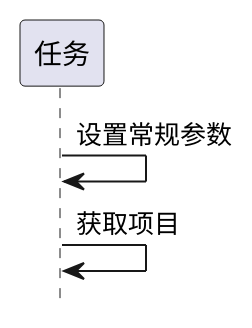
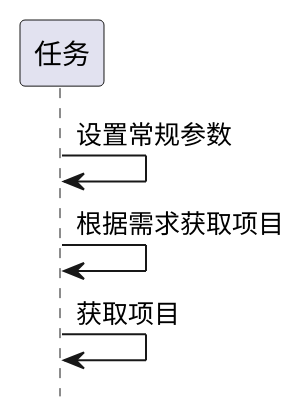
The seventh of 16 diagrams in ibizpms-docs/src/main/doc/v1/module/zentao/Task_old.md (goblinln/iBizPMS), drawn with PlantUML before and after one commit. The commit also changed other lines of this file and 7 other files, not shown here.

```diff
--- a/ibizpms-docs/src/main/doc/v1/module/zentao/Task_old.md
+++ b/ibizpms-docs/src/main/doc/v1/module/zentao/Task_old.md
@@ -420,6 +420,7 @@
 {% plantuml %}
 hide footbox
 
 任务 -> 任务: 设置常规参数
+任务 -> 任务: 根据需求获取项目
 任务 -> 任务: 获取项目
 {% endplantuml %}
```
